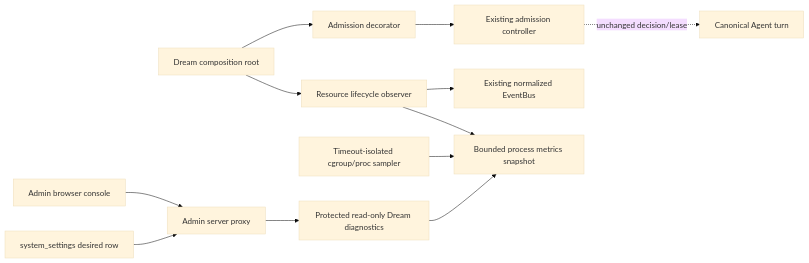
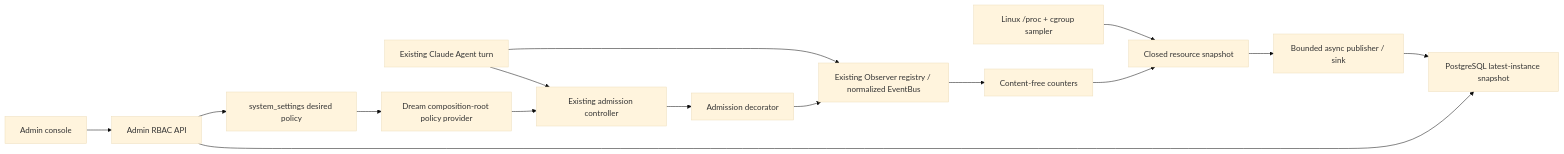
Before and after one commit to glide-the/dream-im-platform: the first of 3 diagrams in docs/design/dream-agent-resource-observer-console.md, drawn with Mermaid (base theme). The commit also changed other lines of this file and 27 other files, not shown here.

Commit message:
feat: add Claude Agent resource console

````diff
--- a/docs/design/dream-agent-resource-observer-console.md
+++ b/docs/design/dream-agent-resource-observer-console.md
@@ -83,14 +94,17 @@
 ```mermaid
 flowchart LR
-  A["Dream composition root"] --> B["Admission decorator"]
-  B --> C["Existing admission controller"]
-  A --> D["Resource lifecycle observer"]
-  D --> E["Existing normalized EventBus"]
-  D --> F["Bounded process metrics snapshot"]
-  G["Timeout-isolated cgroup/proc sampler"] --> F
-  H["Protected read-only Dream diagnostics"] --> F
-  I["Admin server proxy"] --> H
-  J["Admin browser console"] --> I
-  K["system_settings desired row"] --> I
-  C -. "unchanged decision/lease" .-> L["Canonical Agent turn"]
+  T["Existing Claude Agent turn"] --> A["Existing admission controller"]
+  A --> D["Admission decorator"]
+  T --> O["Existing Observer registry / normalized EventBus"]
+  D --> O
+  O --> C["Content-free counters"]
+  S["Linux /proc + cgroup sampler"] --> X["Closed resource snapshot"]
+  C --> X
+  P["Bounded async publisher / sink"] --> PG["PostgreSQL latest-instance snapshot"]
+  X --> P
+  UI["Admin console"] --> API["Admin RBAC API"]
+  API --> PG
+  API --> SS["system_settings desired policy"]
+  SS --> R["Dream composition-root policy provider"]
+  R --> A
 ```
````
